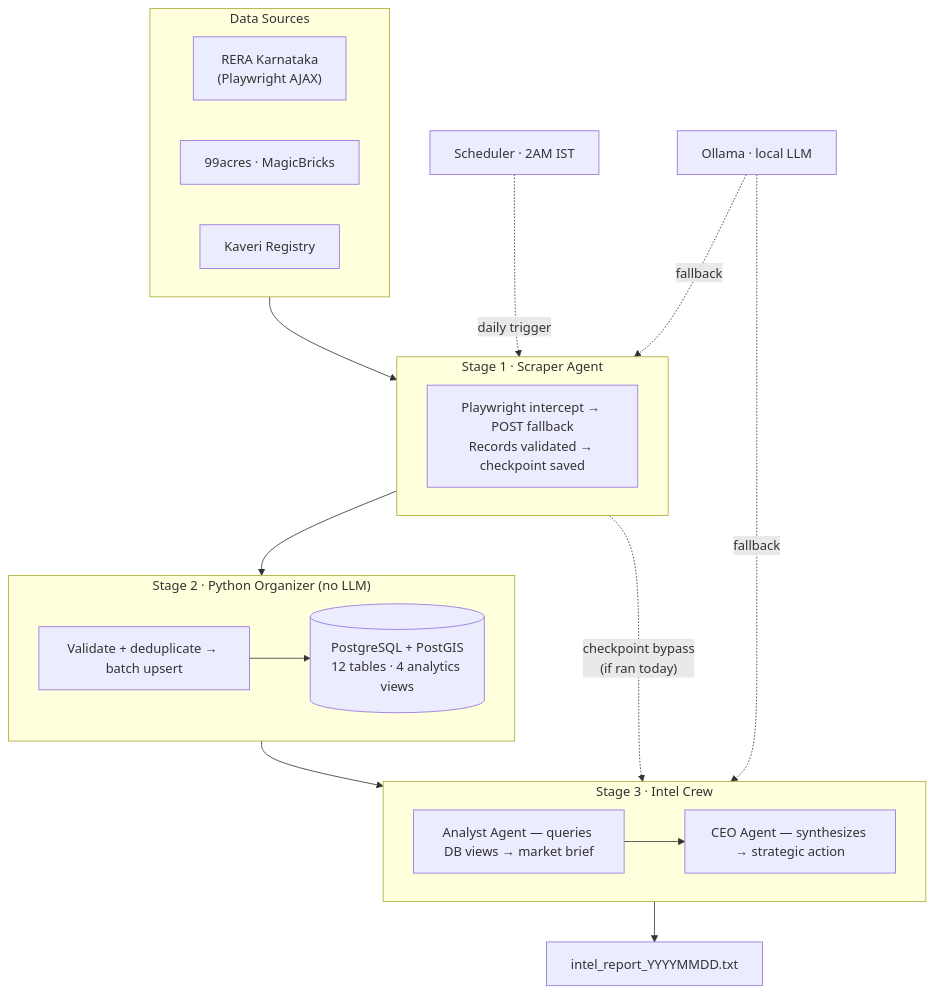
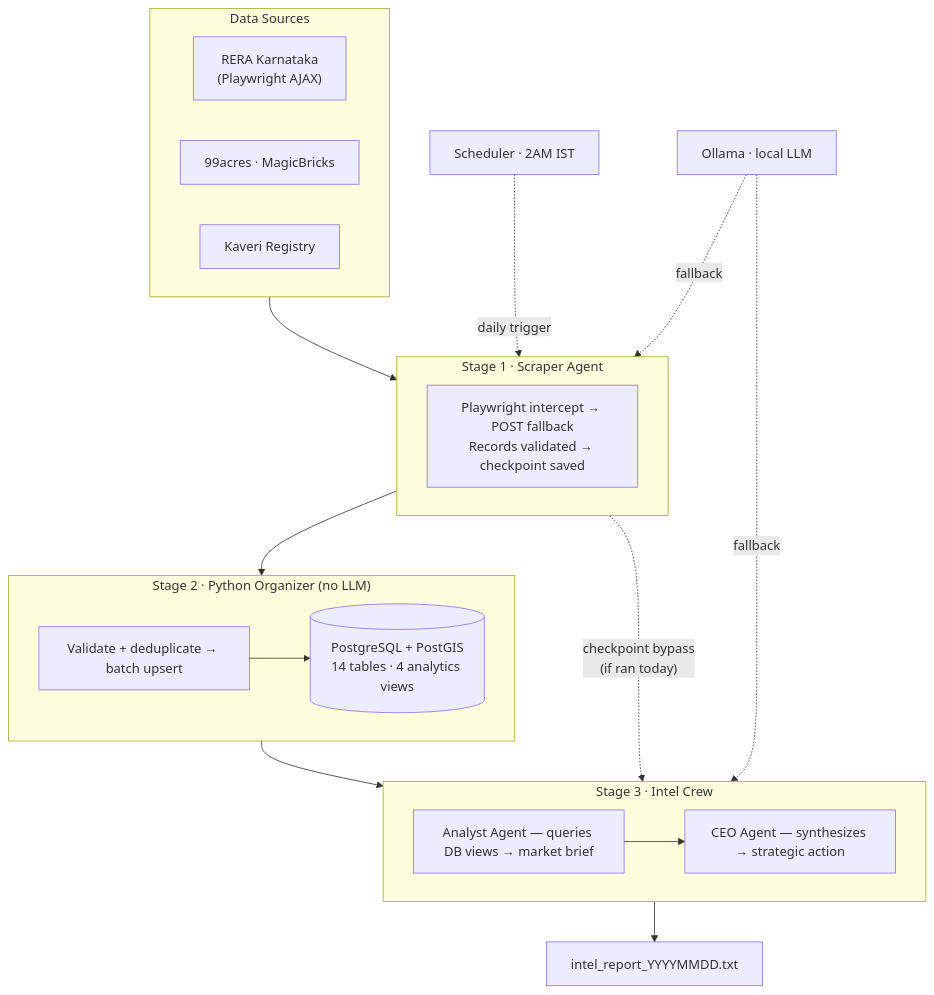
The diagram in README.md (jinujon007/RE_OS), drawn with Mermaid before and after one commit. The commit also changed other lines of this file and 32 other files, not shown here.

````diff
--- a/README.md
+++ b/README.md
@@ -96,35 +96,35 @@
 ```mermaid
 flowchart TB
     subgraph Sources["Data Sources"]
         RERA["RERA Karnataka\n(Playwright AJAX)"]
         PORT["99acres · MagicBricks"]
         KAV["Kaveri Registry"]
     end
 
     subgraph Stage1["Stage 1 · Scraper Agent"]
         SCR["Playwright intercept → POST fallback\nRecords validated → checkpoint saved"]
     end
 
     subgraph Stage2["Stage 2 · Python Organizer  (no LLM)"]
         ORG["Validate + deduplicate → batch upsert"]
-        DB[("PostgreSQL + PostGIS\n12 tables · 4 analytics views")]
+        DB[("PostgreSQL + PostGIS\n14 tables · 4 analytics views")]
         ORG --> DB
     end
 
     subgraph Stage3["Stage 3 · Intel Crew"]
         ANA["Analyst Agent — queries DB views → market brief"]
         CEO["CEO Agent — synthesizes → strategic action"]
         ANA --> CEO
     end
 
     OUT["intel_report_YYYYMMDD.txt"]
 
     Sources --> Stage1
     Stage1 --> Stage2
     Stage2 --> Stage3
     Stage3 --> OUT
 
     SCHED["Scheduler · 2AM IST"] -. daily trigger .-> Stage1
     Stage1 -. "checkpoint bypass\n(if ran today)" .-> Stage3
     OLLAMA["Ollama · local LLM"] -. fallback .-> Stage1 & Stage3
 ```
````
